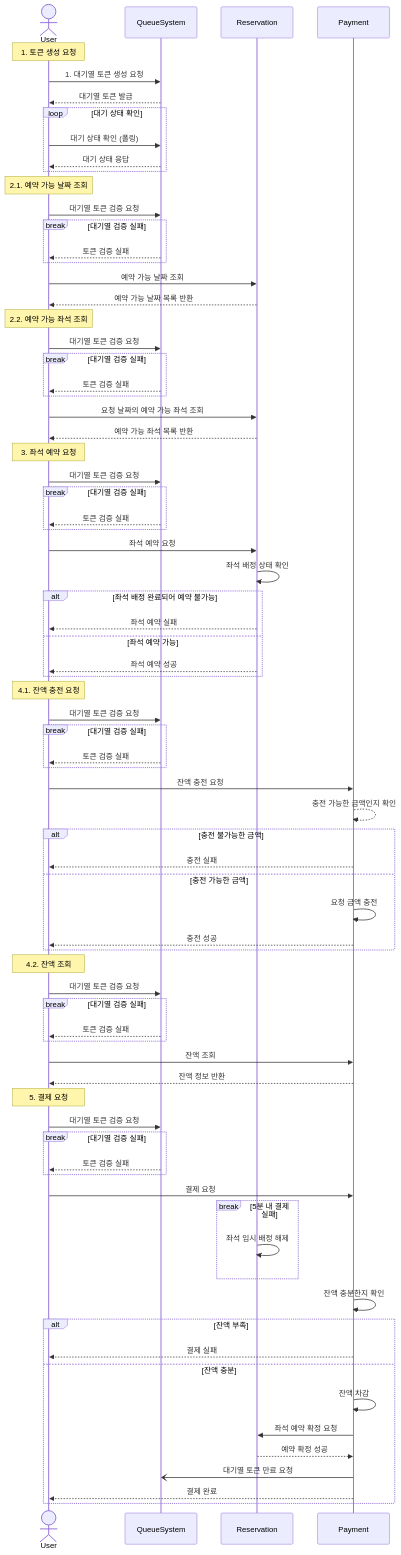
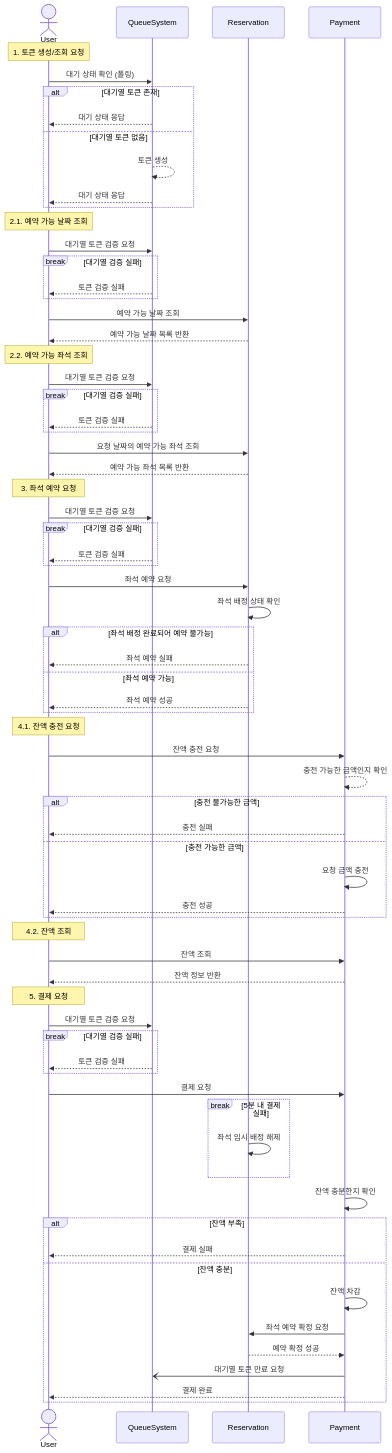
The diagram in SequenceDiagram.md (leehanna602/hhplus-server-construction), drawn with Mermaid before and after one commit. The commit also changed 1 other file, not shown here.

Commit message:
feat: API Spec 수정에 따른 Sequence Diagram 보완 - 대기열에 의해 보호받는 API에만 토큰 검증 요청

```diff
--- a/SequenceDiagram.md
+++ b/SequenceDiagram.md
@@ -5,12 +5,12 @@
     participant QueueSystem
     participant Reservation
     participant Payment
-    note over User: 1. 토큰 생성 요청
-    User->>QueueSystem: 1. 대기열 토큰 생성 요청
-    QueueSystem-->>User: 대기열 토큰 발급
-    
-    loop 대기 상태 확인
-        User->>QueueSystem: 대기 상태 확인 (폴링)
+    note over User: 1. 토큰 생성/조회 요청
+    User->>QueueSystem: 대기 상태 확인 (폴링)
+    alt 대기열 토큰 존재
+        QueueSystem-->>User: 대기 상태 응답
+    else 대기열 토큰 없음
+        QueueSystem-->>QueueSystem: 토큰 생성
         QueueSystem-->>User: 대기 상태 응답
     end
 
@@ -19,7 +19,6 @@
     break 대기열 검증 실패
         QueueSystem-->>User: 토큰 검증 실패
     end
-    
     User->>Reservation: 예약 가능 날짜 조회
     Reservation-->>User: 예약 가능 날짜 목록 반환
 
@@ -28,7 +27,6 @@
     break 대기열 검증 실패
         QueueSystem-->>User: 토큰 검증 실패
     end
-    
     User->>Reservation: 요청 날짜의 예약 가능 좌석 조회
     Reservation-->>User: 예약 가능 좌석 목록 반환
 
@@ -47,11 +45,6 @@
     end
 
     note over User: 4.1. 잔액 충전 요청
-    User->>QueueSystem: 대기열 토큰 검증 요청
-    break 대기열 검증 실패
-        QueueSystem-->>User: 토큰 검증 실패
-    end
-    
     User->>Payment: 잔액 충전 요청
     Payment-->>Payment: 충전 가능한 금액인지 확인
     alt 충전 불가능한 금액
@@ -62,11 +55,6 @@
     end
 
     note over User: 4.2. 잔액 조회
-    User->>QueueSystem: 대기열 토큰 검증 요청
-    break 대기열 검증 실패
-        QueueSystem-->>User: 토큰 검증 실패
-    end
-    
     User->>Payment: 잔액 조회
     Payment-->>User: 잔액 정보 반환
 
```
